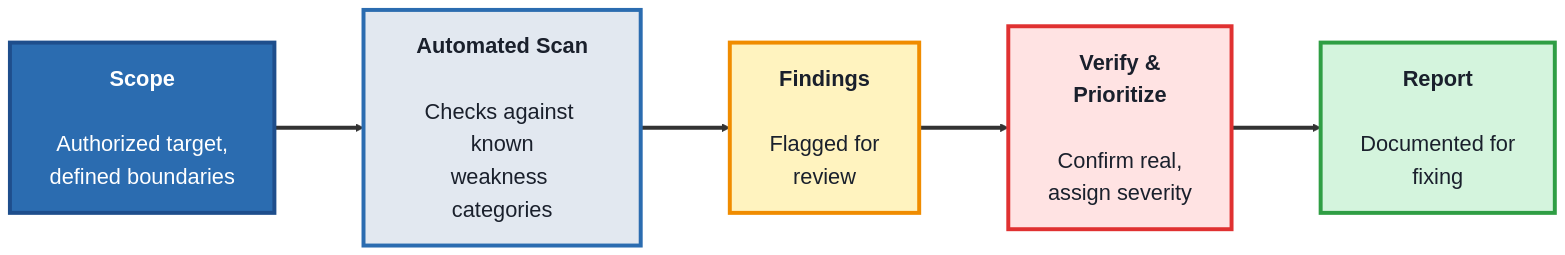
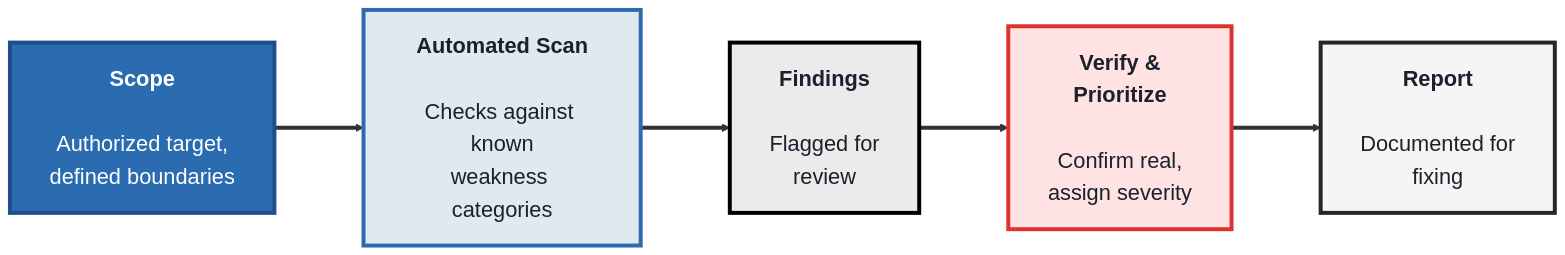
Before and after one commit to SHEMODELTECH/shemodeltech: the first of 3 diagrams in src/Pages/courses/TechQA/module-7-security-testing.md, drawn with Mermaid. The commit also changed other lines of this file and 46 other files, not shown here.

````diff
--- a/src/Pages/courses/TechQA/module-7-security-testing.md
+++ b/src/Pages/courses/TechQA/module-7-security-testing.md
@@ -19,18 +19,18 @@
 ```mermaid
 %%{init: {'theme':'base', 'themeVariables': {'fontSize':'22px', 'primaryTextColor':'#1a202c', 'primaryBorderColor':'#1e4e8c', 'lineColor':'#333333'}, 'flowchart': {'nodeSpacing': 70, 'rankSpacing': 90, 'padding': 20}}}%%
 flowchart LR
     SC["<b>Scope</b><br/><br/>Authorized target,<br/>defined boundaries"]
     SCAN["<b>Automated Scan</b><br/><br/>Checks against known<br/>weakness categories"]
     FIND["<b>Findings</b><br/><br/>Flagged for<br/>review"]
     VER["<b>Verify &<br/>Prioritize</b><br/><br/>Confirm real,<br/>assign severity"]
     REP["<b>Report</b><br/><br/>Documented for<br/>fixing"]
 
     SC ==> SCAN ==> FIND ==> VER ==> REP
 
     style SC fill:#2b6cb0,color:#fff,stroke:#1e4e8c,stroke-width:4px
     style SCAN fill:#e2e8f0,color:#1a202c,stroke:#2b6cb0,stroke-width:4px
-    style FIND fill:#fff3bf,color:#1a202c,stroke:#f08c00,stroke-width:4px
+    style FIND fill:#EBEBEB,color:#1a202c,stroke:#000000,stroke-width:4px
     style VER fill:#ffe3e3,color:#1a202c,stroke:#e03131,stroke-width:4px
-    style REP fill:#d4f4dd,color:#1a202c,stroke:#2f9e44,stroke-width:4px
+    style REP fill:#F5F5F5,color:#1a202c,stroke:#262626,stroke-width:4px
     linkStyle default stroke-width:4px,stroke:#333333
 ```
````
